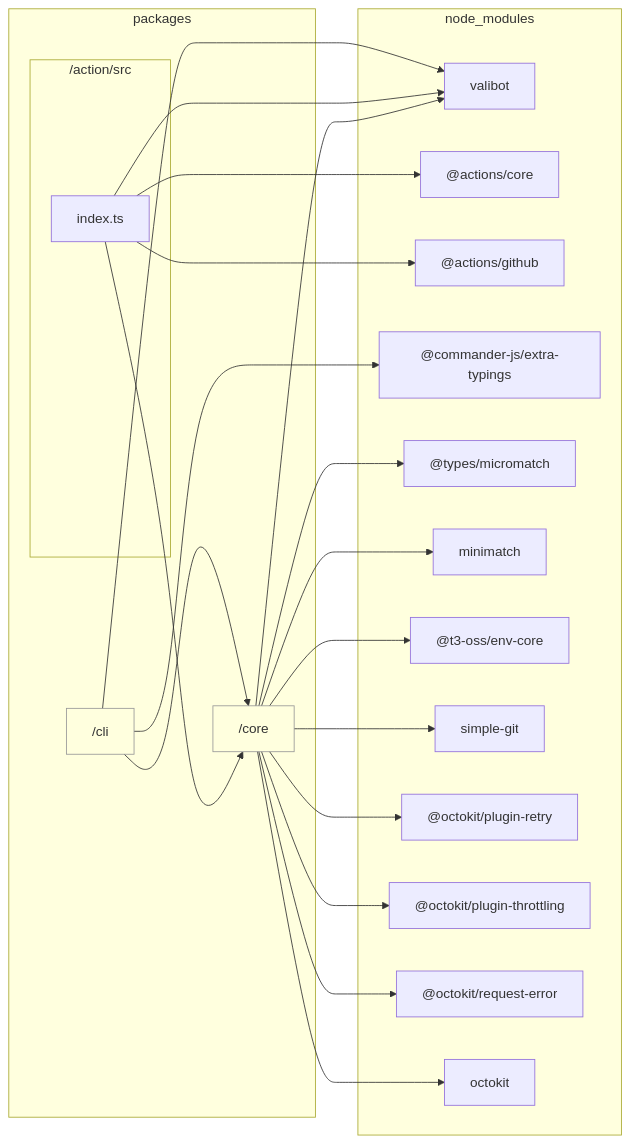
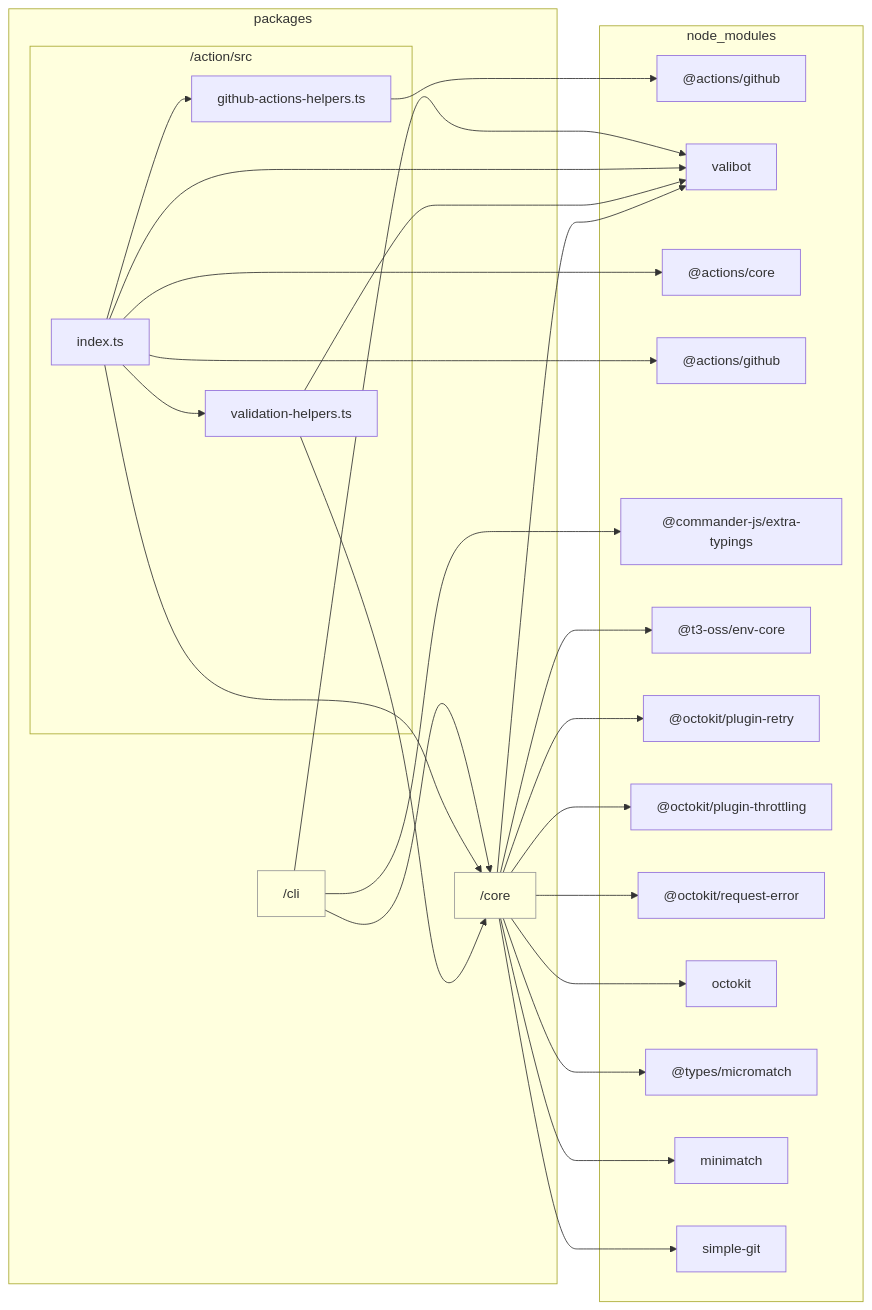
Before and after one commit to sugurutakahashi-1234/issue-linker: the diagram in docs/reports/dependencies/action.md, drawn with Mermaid. The commit also changed 29 other files, not shown here.

````diff
--- a/docs/reports/dependencies/action.md
+++ b/docs/reports/dependencies/action.md
@@ -7,41 +7,49 @@
 ```mermaid
 flowchart LR
     classDef dir fill:#0000,stroke:#999
     subgraph packages["packages"]
         packages/core["/core"]:::dir
         packages/cli["/cli"]:::dir
         subgraph packages/action/src["/action/src"]
+            packages/action/src/github//actions//helpers.ts["github-actions-helpers.ts"]
+            packages/action/src/validation//helpers.ts["validation-helpers.ts"]
             packages/action/src/index.ts["index.ts"]
         end
     end
     subgraph node//modules["node_modules"]
+        node//modules///actions/github/lib/context.d.ts["@actions/github"]
         node//modules/valibot/dist/index.d.cts["valibot"]
         node//modules///actions/core/lib/core.d.ts["@actions/core"]
         node//modules///actions/github/lib/github.d.ts["@actions/github"]
         node//modules///commander//js/extra//typings/index.d.ts["@commander-js/extra-typings"]
-        node//modules///types/micromatch/index.d.ts["@types/micromatch"]
-        node//modules/minimatch/dist/commonjs/index.d.ts["minimatch"]
         node//modules///t3//oss/env//core/dist/index.d.ts["@t3-oss/env-core"]
-        node//modules/simple//git/dist/typings/index.d.ts["simple-git"]
         node//modules///octokit/plugin//retry/dist//types/index.d.ts["@octokit/plugin-retry"]
         node//modules///octokit/plugin//throttling/dist//types/index.d.ts["@octokit/plugin-throttling"]
         node//modules///octokit/request//error/dist//types/index.d.ts["@octokit/request-error"]
         node//modules/octokit/dist//types/index.d.ts["octokit"]
+        node//modules///types/micromatch/index.d.ts["@types/micromatch"]
+        node//modules/minimatch/dist/commonjs/index.d.ts["minimatch"]
+        node//modules/simple//git/dist/typings/index.d.ts["simple-git"]
     end
+    packages/action/src/github//actions//helpers.ts-->node//modules///actions/github/lib/context.d.ts
     packages/core-->node//modules/valibot/dist/index.d.cts
+    packages/action/src/validation//helpers.ts-->packages/core
+    packages/action/src/validation//helpers.ts-->node//modules/valibot/dist/index.d.cts
     packages/action/src/index.ts-->node//modules///actions/core/lib/core.d.ts
     packages/action/src/index.ts-->node//modules///actions/github/lib/github.d.ts
     packages/action/src/index.ts-->packages/core
     packages/action/src/index.ts-->node//modules/valibot/dist/index.d.cts
+    packages/action/src/index.ts-->packages/action/src/github//actions//helpers.ts
+    packages/action/src/index.ts-->packages/action/src/validation//helpers.ts
     packages/cli-->node//modules///commander//js/extra//typings/index.d.ts
     packages/cli-->packages/core
     packages/cli-->node//modules/valibot/dist/index.d.cts
-    packages/core-->node//modules///types/micromatch/index.d.ts
-    packages/core-->node//modules/minimatch/dist/commonjs/index.d.ts
     packages/core-->node//modules///t3//oss/env//core/dist/index.d.ts
-    packages/core-->node//modules/simple//git/dist/typings/index.d.ts
     packages/core-->node//modules///octokit/plugin//retry/dist//types/index.d.ts
     packages/core-->node//modules///octokit/plugin//throttling/dist//types/index.d.ts
     packages/core-->node//modules///octokit/request//error/dist//types/index.d.ts
     packages/core-->node//modules/octokit/dist//types/index.d.ts
+    packages/core-->node//modules///types/micromatch/index.d.ts
+    packages/core-->node//modules/minimatch/dist/commonjs/index.d.ts
+    packages/core-->node//modules/simple//git/dist/typings/index.d.ts
 ```
````
